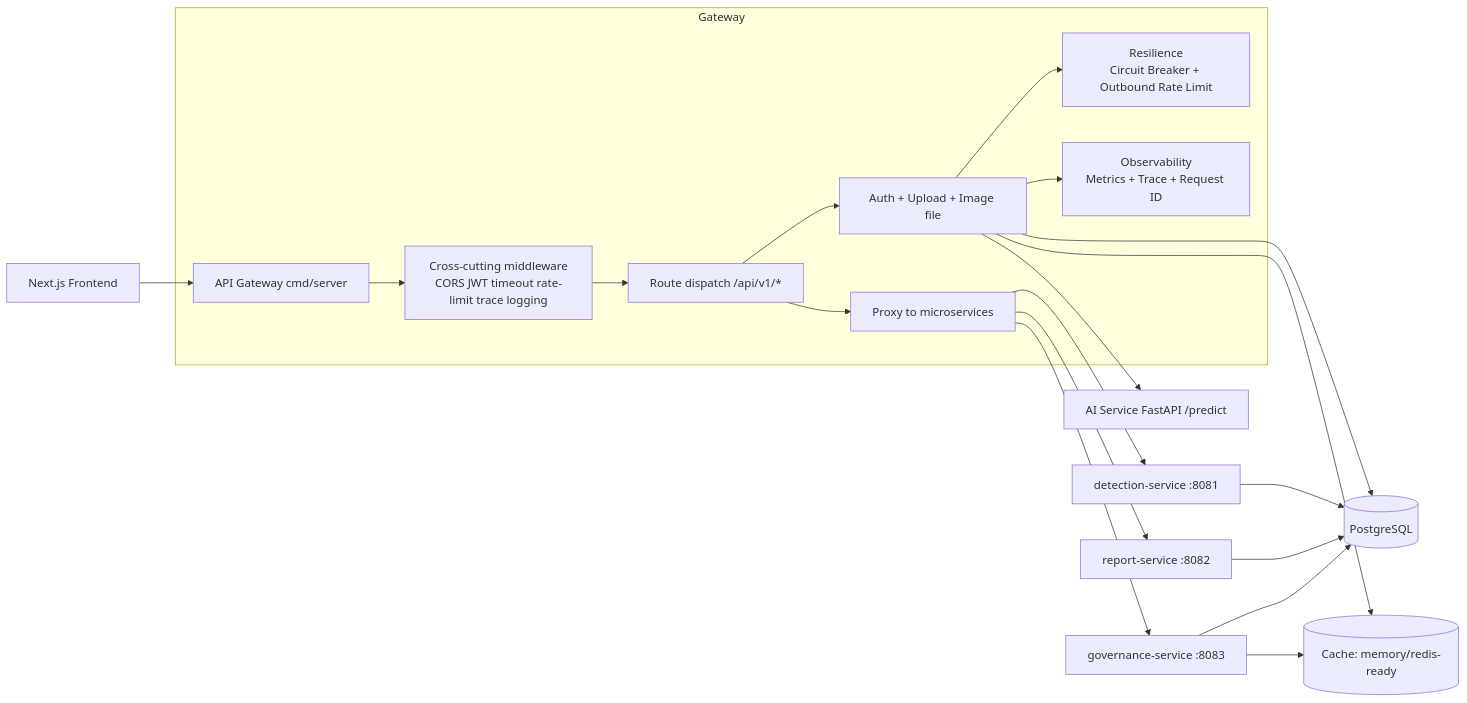
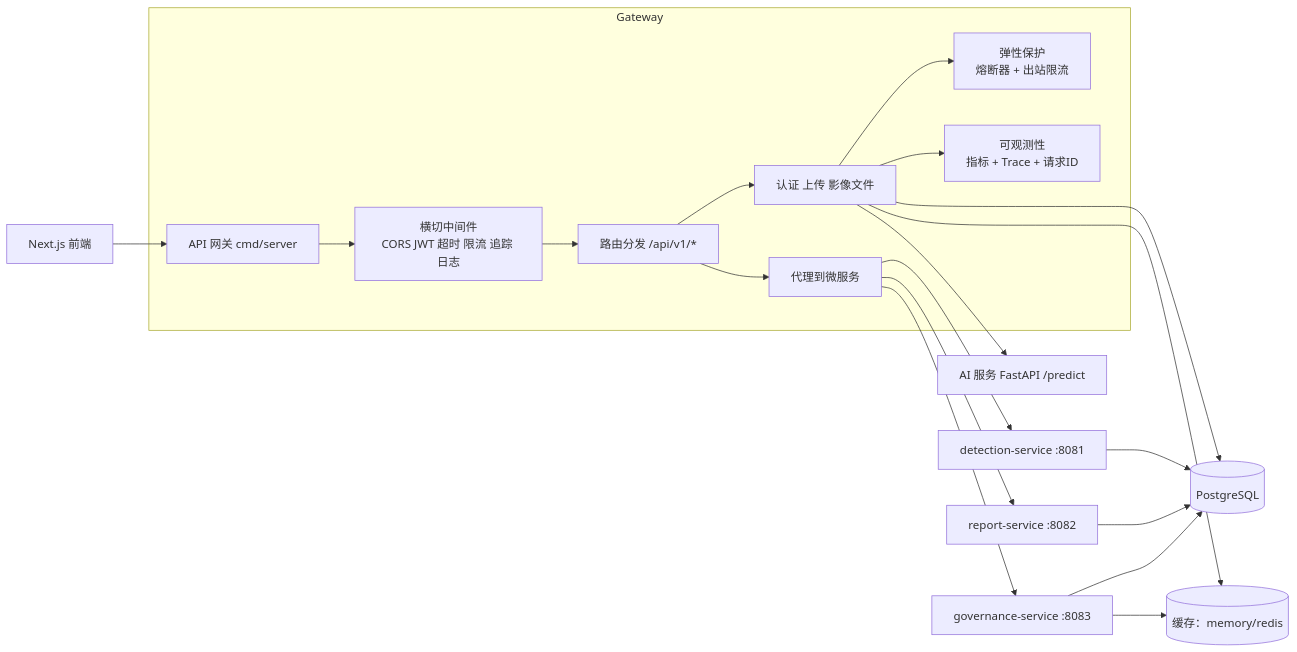
One commit to laixinyu/cancer-detection-system changed the first of 2 diagrams in backend-go/MICROSERVICES.md. Above: the diagram before and after it, drawn with Mermaid. The commit also changed other lines of this file and 65 other files, not shown here.

Commit message:
docs: convert README to Chinese and simplify architecture diagrams

````diff
--- a/backend-go/MICROSERVICES.md
+++ b/backend-go/MICROSERVICES.md
@@ -12,25 +12,25 @@
 ```mermaid
 flowchart LR
-  FE[Next.js Frontend] --> GW[API Gateway cmd/server]
+  FE[Next.js 前端] --> GW[API 网关 cmd/server]
 
   subgraph Gateway
-    GW --> MW[Cross-cutting middleware\nCORS JWT timeout rate-limit trace logging]
-    MW --> RT[Route dispatch /api/v1/*]
-    RT --> AUTH[Auth + Upload + Image file]
-    RT --> PX[Proxy to microservices]
-    AUTH --> RS[Resilience\nCircuit Breaker + Outbound Rate Limit]
-    AUTH --> OBS[Observability\nMetrics + Trace + Request ID]
+    GW --> MW[横切中间件\nCORS JWT 超时 限流 追踪 日志]
+    MW --> RT[路由分发 /api/v1/*]
+    RT --> AUTH[认证 上传 影像文件]
+    RT --> PX[代理到微服务]
+    AUTH --> RS[弹性保护\n熔断器 + 出站限流]
+    AUTH --> OBS[可观测性\n指标 + Trace + 请求ID]
   end
 
   PX --> DET[detection-service :8081]
   PX --> REP[report-service :8082]
   PX --> GOV[governance-service :8083]
 
   AUTH --> PG[(PostgreSQL)]
-  AUTH --> CACHE[(Cache: memory/redis-ready)]
+  AUTH --> CACHE[(缓存：memory/redis)]
   DET --> PG
   REP --> PG
   GOV --> PG
   GOV --> CACHE
-  AUTH --> AI[AI Service FastAPI /predict]
+  AUTH --> AI[AI 服务 FastAPI /predict]
 ```
````
